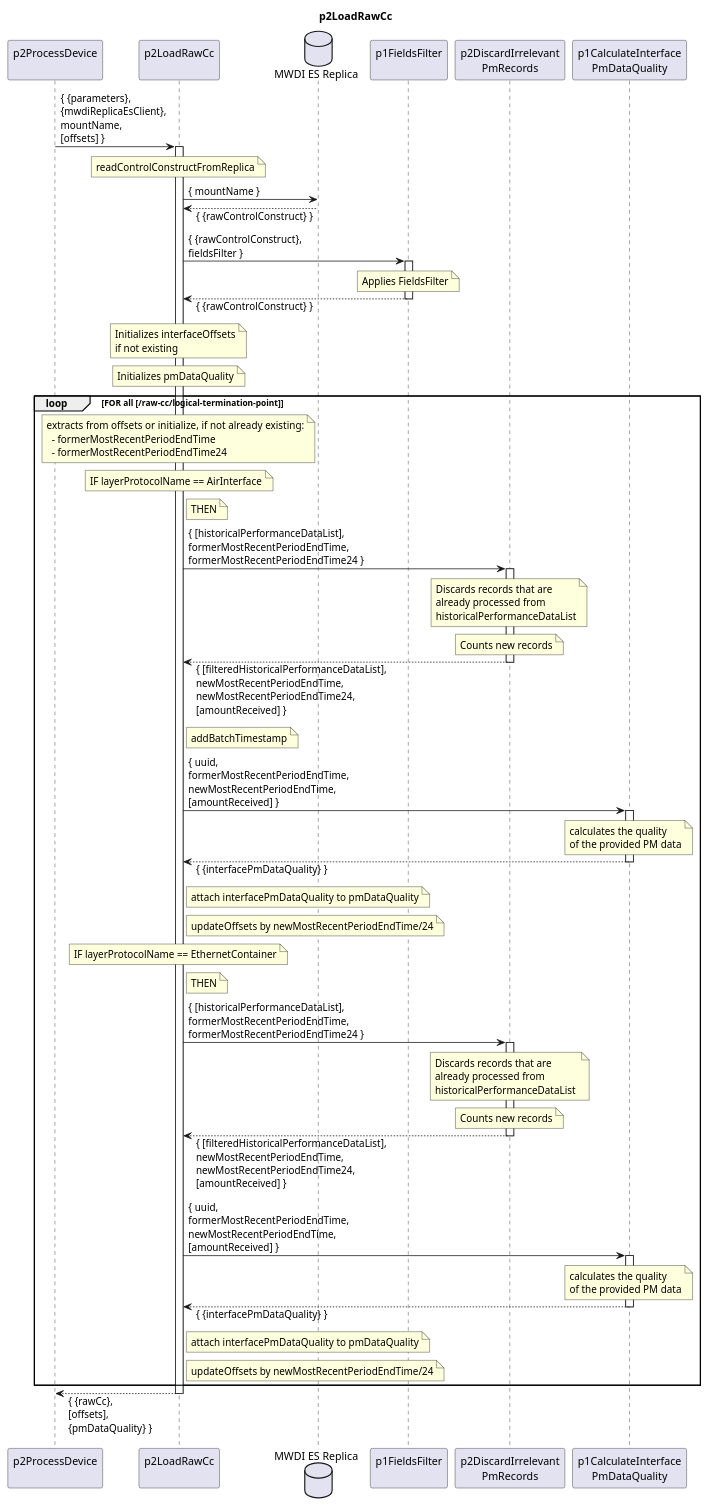
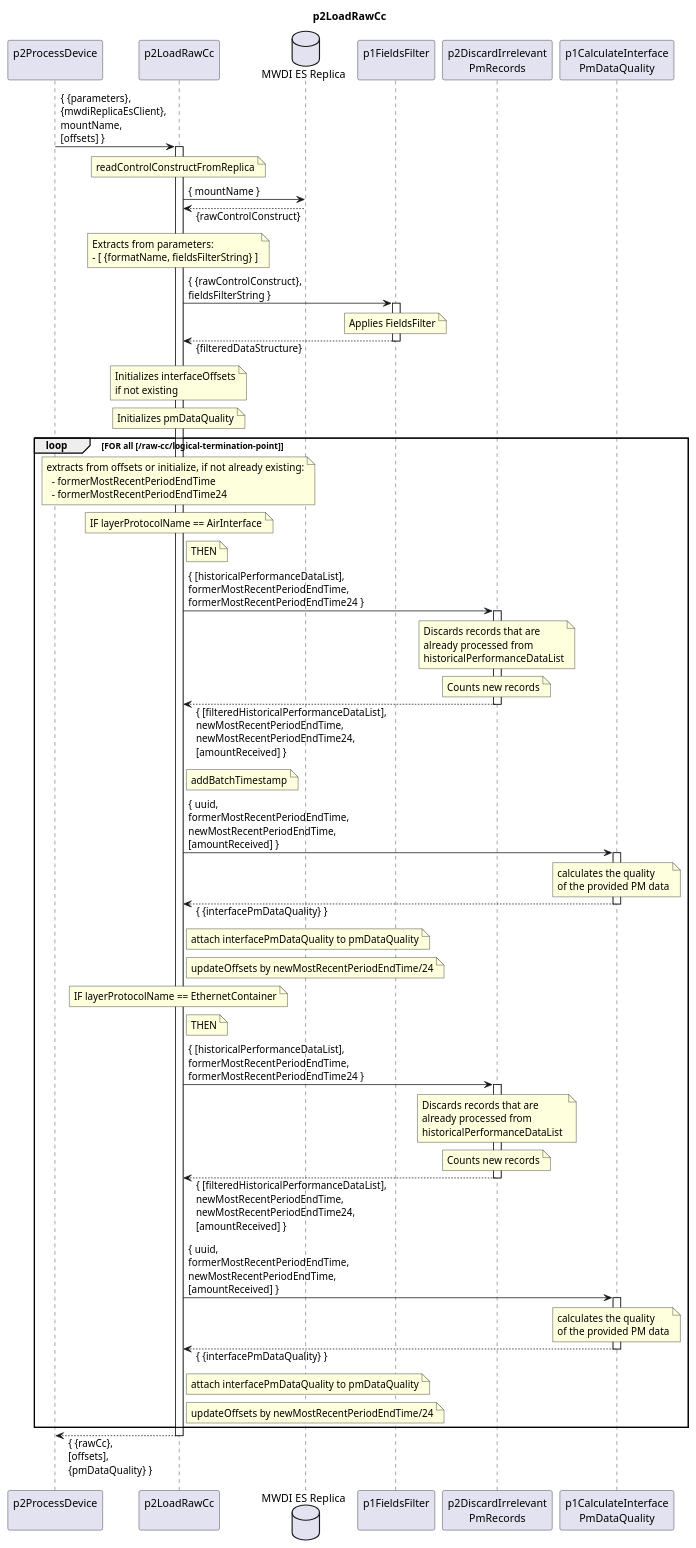
Before and after one commit to openBackhaul/DevicePerformanceManagementDataProcessor: the diagram in spec/Functions/p2StreamPmData/p2ProcessDevice/p2LoadRawCc/1.0.0/p2LoadRawCc.plantuml, drawn with PlantUML. The commit also changed 23 other files, not shown here.

```diff
--- a/spec/Functions/p2StreamPmData/p2ProcessDevice/p2LoadRawCc/1.0.0/p2LoadRawCc.plantuml
+++ b/spec/Functions/p2StreamPmData/p2ProcessDevice/p2LoadRawCc/1.0.0/p2LoadRawCc.plantuml
@@ -1,142 +1,147 @@
 @startuml p2LoadRawCc
 skinparam responseMessageBelowArrow true
 
 title
   p2LoadRawCc
 end title
 
 participant "p2ProcessDevice\n" as requestor
 participant "p2LoadRawCc\n" as cur
 database "MWDI ES Replica" as MwdiEs
 participant "p1FieldsFilter\n" as fieldsFilter
 participant "p2DiscardIrrelevant\nPmRecords" as filterPm
 participant "p1CalculateInterface\nPmDataQuality" as calPmQual
 
 requestor -> cur: { {parameters},\n{mwdiReplicaEsClient},\nmountName,\n[offsets] }
 activate cur
 
   note over cur
     readControlConstructFromReplica
   end note
   cur -> MwdiEs: { mountName }
-  cur <-- MwdiEs: { {rawControlConstruct} }
+  cur <-- MwdiEs: {rawControlConstruct}
 
-  cur -> fieldsFilter: { {rawControlConstruct},\nfieldsFilter }
+  note over cur
+    Extracts from parameters:
+    - [ {formatName, fieldsFilterString} ]
+  end note
+
+  cur -> fieldsFilter: { {rawControlConstruct},\nfieldsFilterString }
   activate fieldsFilter
     note over fieldsFilter
       Applies FieldsFilter
     end note
-  cur <-- fieldsFilter: { {rawControlConstruct} }
+  cur <-- fieldsFilter: {filteredDataStructure}
   deactivate fieldsFilter
 
   note over cur
     Initializes interfaceOffsets
     if not existing
   end note
 
   note over cur
     Initializes pmDataQuality
   end note
 
   loop FOR all [/raw-cc/logical-termination-point]
 
     note over cur
       extracts from offsets or initialize, if not already existing:
         - formerMostRecentPeriodEndTime
         - formerMostRecentPeriodEndTime24
     end note
 
     note over cur
       IF layerProtocolName == AirInterface
     end note
 
     note right cur
       THEN
     end note
 
     cur -> filterPm: { [historicalPerformanceDataList],\nformerMostRecentPeriodEndTime,\nformerMostRecentPeriodEndTime24 }
     activate filterPm
 
       note over filterPm
         Discards records that are
         already processed from
         historicalPerformanceDataList
       end note
       note over filterPm
         Counts new records
       end note
 
     cur <-- filterPm: { [filteredHistoricalPerformanceDataList],\nnewMostRecentPeriodEndTime,\nnewMostRecentPeriodEndTime24,\n[amountReceived] }
     deactivate filterPm
 
     note right cur
       addBatchTimestamp
     end note
 
     cur -> calPmQual: { uuid,\nformerMostRecentPeriodEndTime,\nnewMostRecentPeriodEndTime,\n[amountReceived] }
     activate calPmQual
 
       note over calPmQual
         calculates the quality
         of the provided PM data
       end note
 
     cur <-- calPmQual: { {interfacePmDataQuality} }
     deactivate calPmQual
 
     note right cur
       attach interfacePmDataQuality to pmDataQuality
     end note
 
     note right cur
       updateOffsets by newMostRecentPeriodEndTime/24
     end note
 
     note over cur
       IF layerProtocolName == EthernetContainer
     end note
 
     note right cur
       THEN
     end note
 
     cur -> filterPm: { [historicalPerformanceDataList],\nformerMostRecentPeriodEndTime,\nformerMostRecentPeriodEndTime24 }
     activate filterPm
 
       note over filterPm
       Discards records that are
       already processed from
       historicalPerformanceDataList 
     end note
     note over filterPm
       Counts new records
     end note
 
     cur <-- filterPm: { [filteredHistoricalPerformanceDataList],\nnewMostRecentPeriodEndTime,\nnewMostRecentPeriodEndTime24,\n[amountReceived] }
     deactivate filterPm
 
     cur -> calPmQual: { uuid,\nformerMostRecentPeriodEndTime,\nnewMostRecentPeriodEndTime,\n[amountReceived] }
     activate calPmQual
 
       note over calPmQual
         calculates the quality
         of the provided PM data
       end note
 
     cur <-- calPmQual: { {interfacePmDataQuality} }
     deactivate calPmQual
 
     note right cur
       attach interfacePmDataQuality to pmDataQuality
     end note
 
     note right cur
       updateOffsets by newMostRecentPeriodEndTime/24
     end note
 
   end loop
 
 requestor <-- cur: { {rawCc},\n[offsets],\n{pmDataQuality} }
 deactivate cur
 
 @enduml
```
